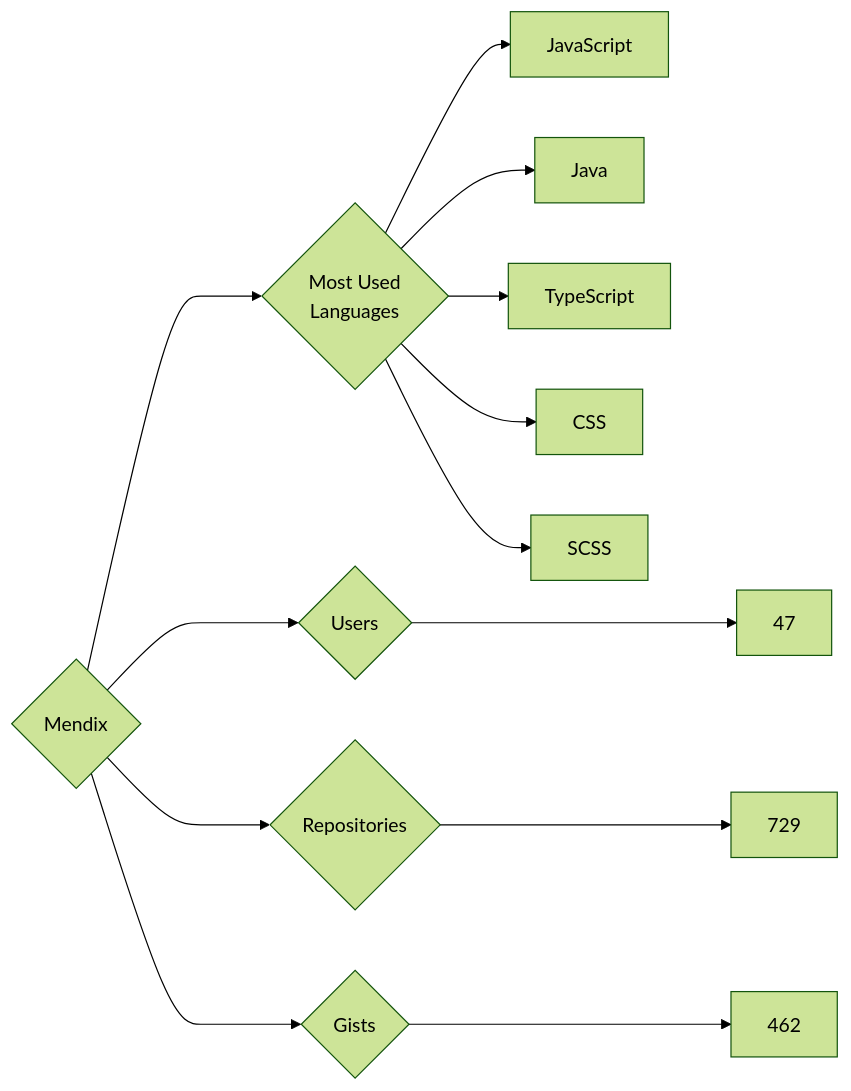
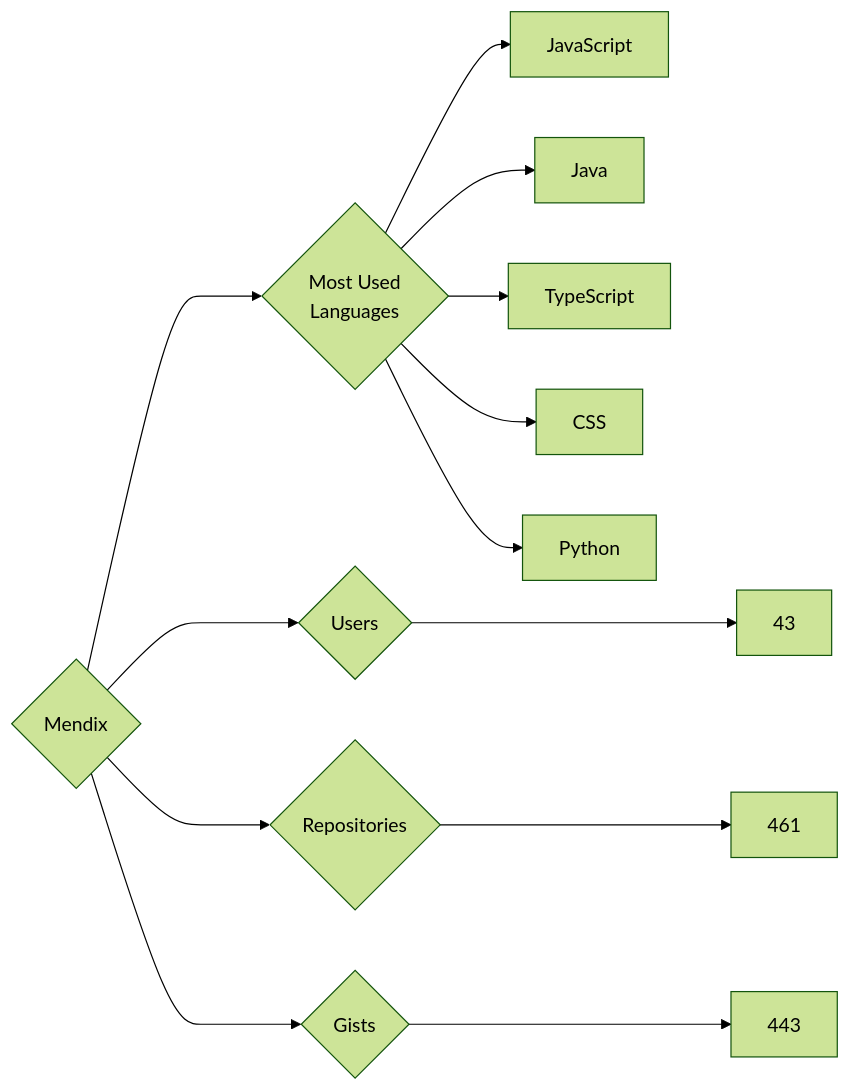
Before and after one commit to trickest/insiders: the diagram in targets/Mendix/README.md, drawn with Mermaid (forest theme). The commit also changed 912 other files, not shown here.

````diff
--- a/targets/Mendix/README.md
+++ b/targets/Mendix/README.md
@@ -3,13 +3,13 @@
 ```mermaid
 graph LR
 COMPANY_NAME{Mendix}
-COMPANY_NAME ---> U{Users} ---> UN[47]
-COMPANY_NAME ---> R{Repositories} ---> RN[729]
-COMPANY_NAME ---> G{Gists} ---> GN[462]
+COMPANY_NAME ---> U{Users} ---> UN[43]
+COMPANY_NAME ---> R{Repositories} ---> RN[461]
+COMPANY_NAME ---> G{Gists} ---> GN[443]
 COMPANY_NAME ---> ML{Most Used<br>Languages}
 ML --> JavaScript[JavaScript]
 ML --> Java[Java]
 ML --> TypeScript[TypeScript]
 ML --> CSS[CSS]
-ML --> SCSS[SCSS]
+ML --> Python[Python]
 ```
````
